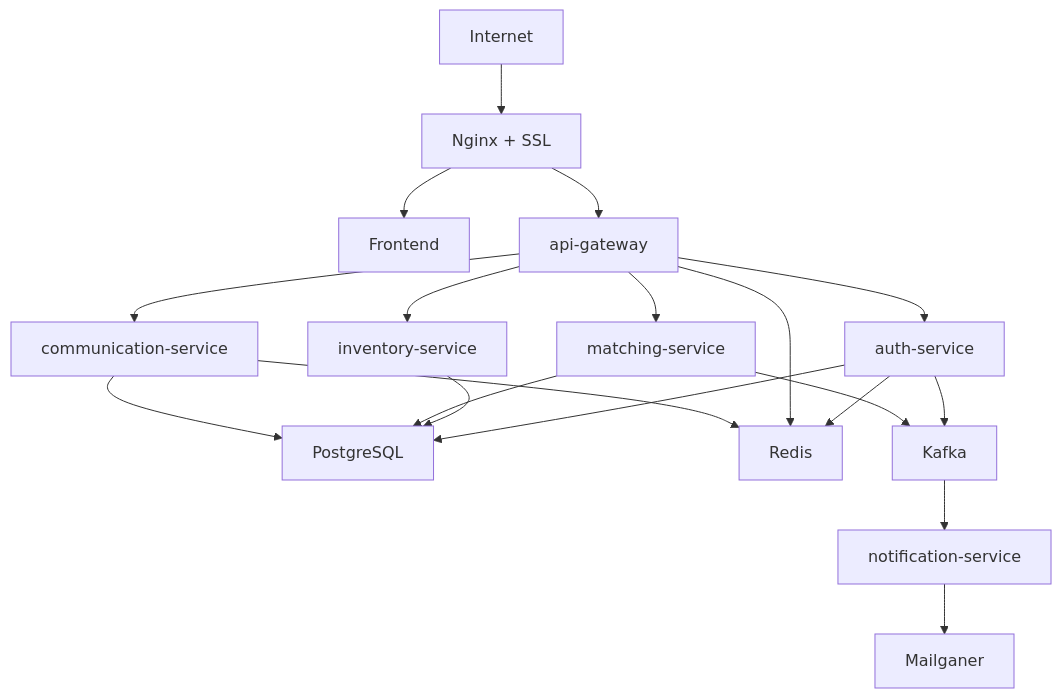
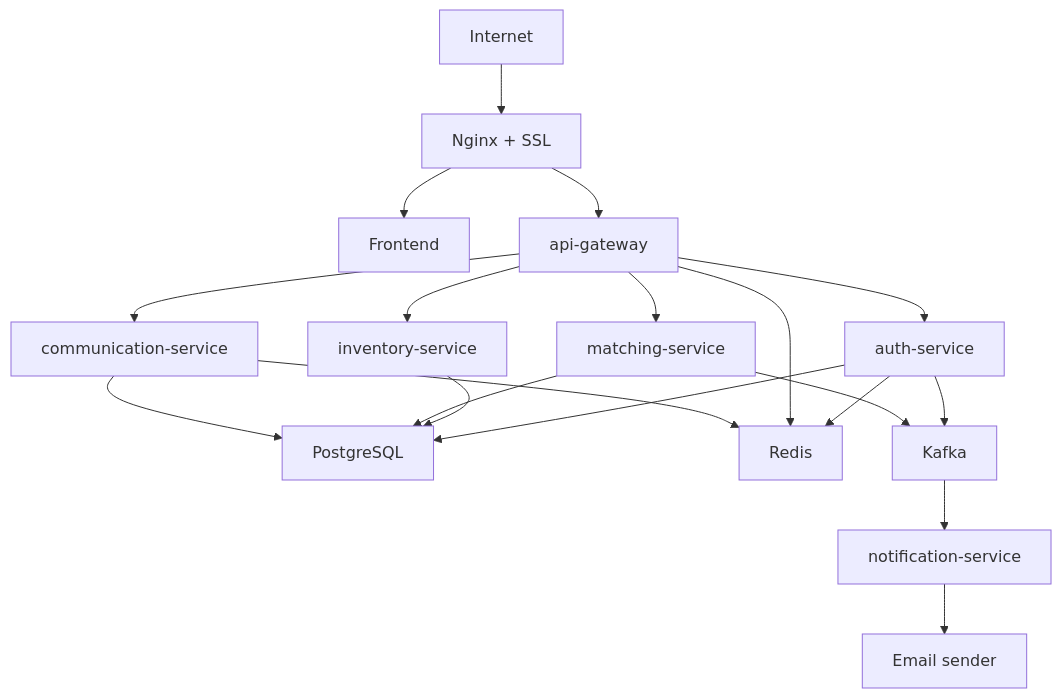
One commit to tmcrypted/berusmenu changed the first of 2 diagrams in docs/runtime-topology.md. Above: the diagram before and after it, drawn with Mermaid. The commit also changed other lines of this file and 91 other files, not shown here.

````diff
--- a/docs/runtime-topology.md
+++ b/docs/runtime-topology.md
@@ -5,24 +5,24 @@
 ```mermaid
 flowchart TB
     Internet --> Nginx["Nginx + SSL"]
     Nginx --> Frontend["Frontend"]
     Nginx --> Gateway["api-gateway"]
     Gateway --> Auth["auth-service"]
     Gateway --> Inventory["inventory-service"]
     Gateway --> Matching["matching-service"]
     Gateway --> Communication["communication-service"]
 
     Auth --> Postgres["PostgreSQL"]
     Inventory --> Postgres
     Matching --> Postgres
     Communication --> Postgres
 
     Auth --> Redis["Redis"]
     Gateway --> Redis
     Communication --> Redis
 
     Auth --> Kafka["Kafka"]
     Matching --> Kafka
     Kafka --> Notification["notification-service"]
-    Notification --> Mailganer["Mailganer"]
+    Notification --> Email["Email sender"]
 ```
````
